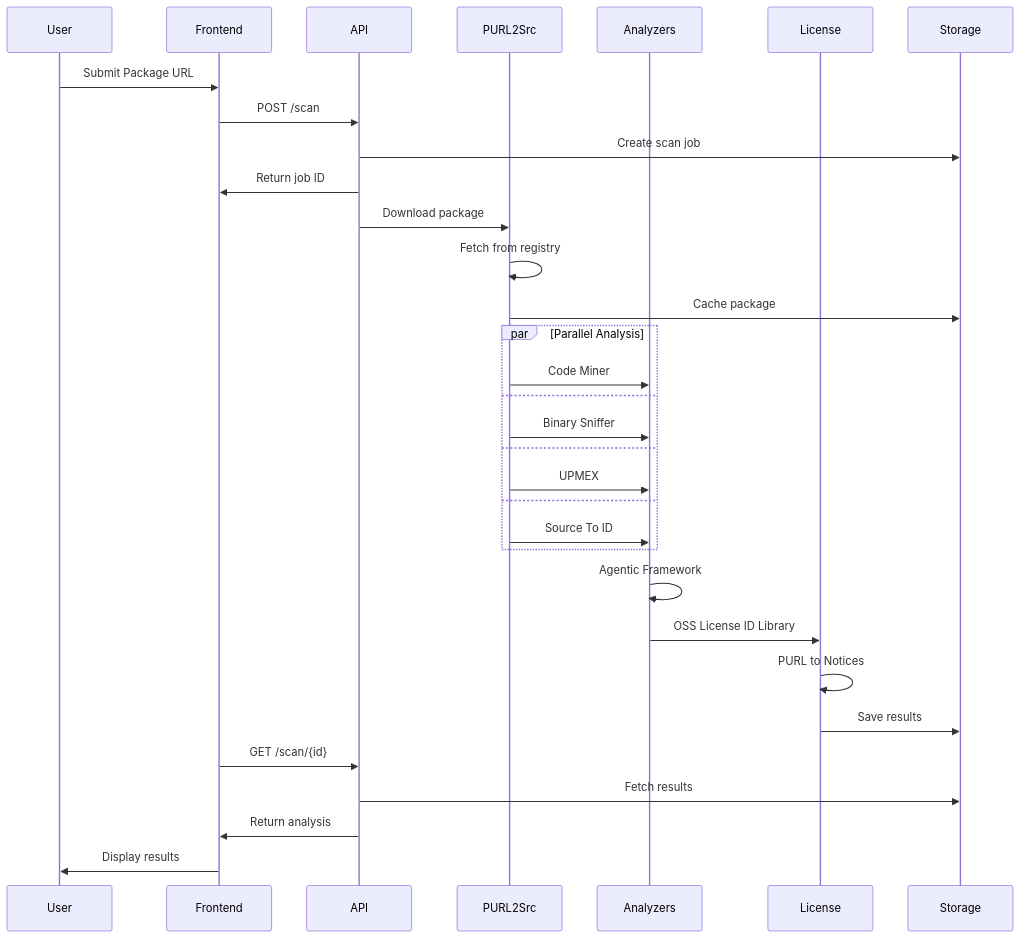
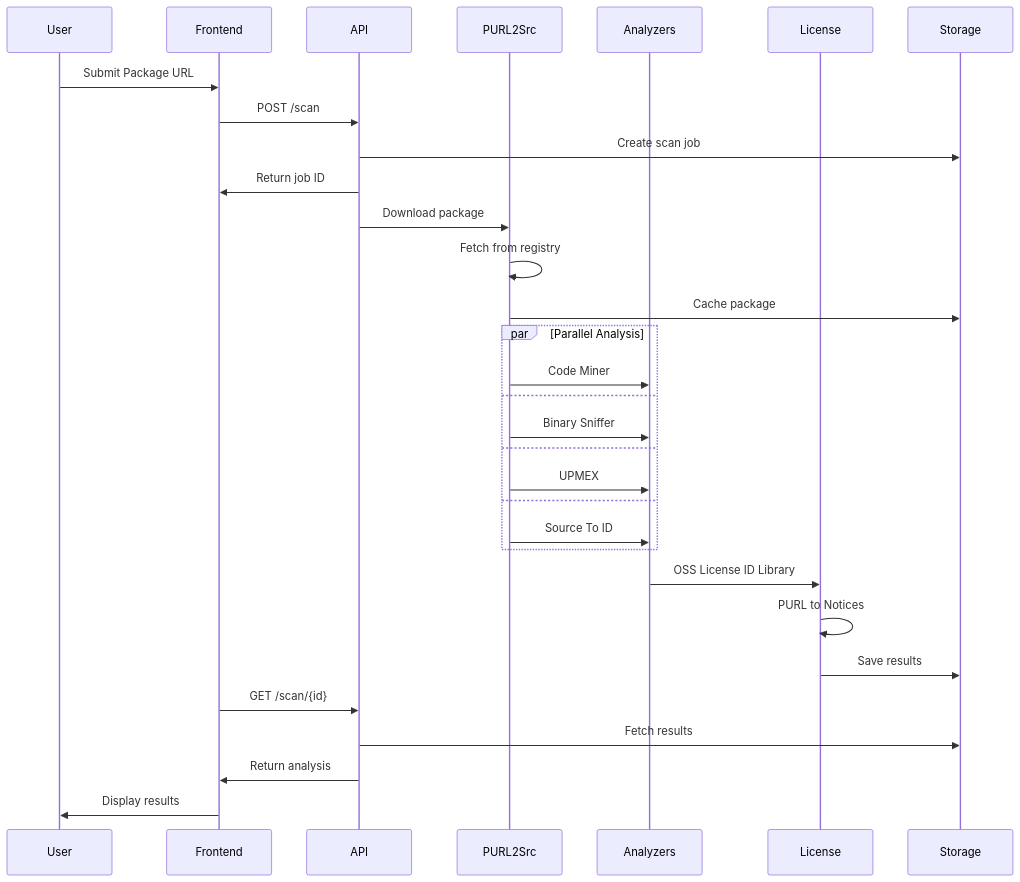
The second of 4 diagrams in capability-map.md (SemClone/semcl.one), drawn with Mermaid before and after one commit. The commit also changed other lines of this file and 5 other files, not shown here.

Commit message:
chore: remove Open Agentic Framework from site, README, and generators

````diff
--- a/capability-map.md
+++ b/capability-map.md
@@ -77,39 +76,38 @@
 ```mermaid
 sequenceDiagram
     participant User
     participant Frontend
     participant API
     participant PURL2Src
     participant Analyzers
     participant License
     participant Storage
 
     User->>Frontend: Submit Package URL
     Frontend->>API: POST /scan
     API->>Storage: Create scan job
     API->>Frontend: Return job ID
     
     API->>PURL2Src: Download package
     PURL2Src->>PURL2Src: Fetch from registry
     PURL2Src->>Storage: Cache package
     
     par Parallel Analysis
         PURL2Src->>Analyzers: Code Miner
         and
         PURL2Src->>Analyzers: Binary Sniffer
         and
         PURL2Src->>Analyzers: UPMEX
         and
         PURL2Src->>Analyzers: Source To ID
     end
     
-    Analyzers->>Analyzers: Agentic Framework
     Analyzers->>License: OSS License ID Library
     License->>License: PURL to Notices
     License->>Storage: Save results
     
     Frontend->>API: GET /scan/{id}
     API->>Storage: Fetch results
     API->>Frontend: Return analysis
     Frontend->>User: Display results
 ```
````
